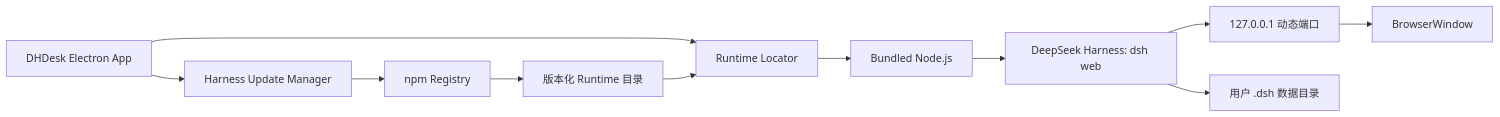
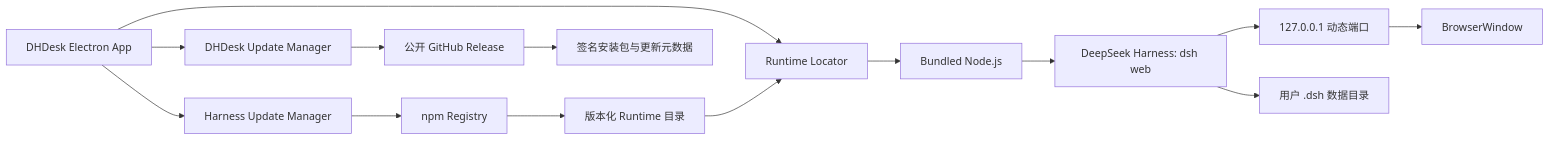
The diagram in docs/development-plan.md (zhangxguang/DHDesk), drawn with Mermaid before and after one commit. The commit also changed other lines of this file and 19 other files, not shown here.

Commit message:
feat: add DHDesk self-update and GitHub releases

````diff
--- a/docs/development-plan.md
+++ b/docs/development-plan.md
@@ -76,15 +76,19 @@
 ```mermaid
 flowchart LR
     A["DHDesk Electron App"] --> B["Runtime Locator"]
     B --> C["Bundled Node.js"]
     C --> D["DeepSeek Harness: dsh web"]
     D --> E["127.0.0.1 动态端口"]
     E --> F["BrowserWindow"]
 
     A --> G["Harness Update Manager"]
     G --> H["npm Registry"]
     H --> I["版本化 Runtime 目录"]
     I --> B
 
+    A --> K["DHDesk Update Manager"]
+    K --> L["公开 GitHub Release"]
+    L --> M["签名安装包与更新元数据"]
+
     D --> J["用户 .dsh 数据目录"]
 ```
````
